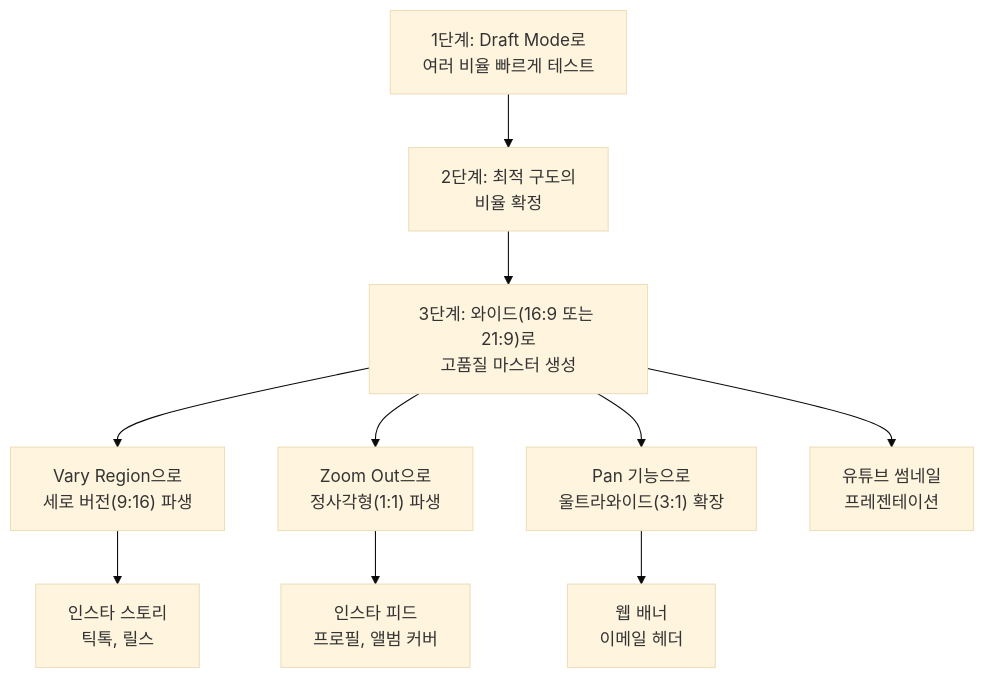
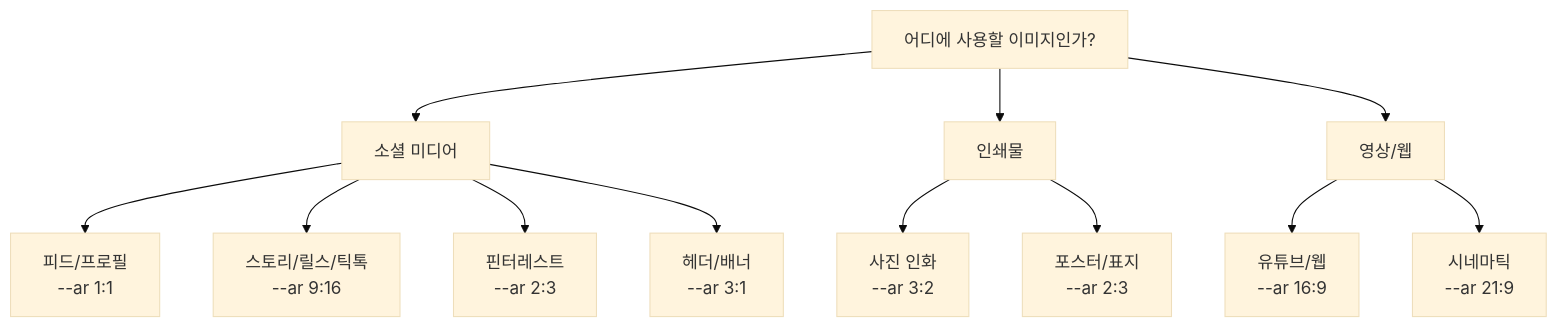
One commit to jsonpassion/forge-tutorial-promptcanvas changed the second of 2 diagrams in 05-ch5-midjourney-기본과-파라미터-튜닝/02-02-종횡비--ar와-구도-제어.md. Above: the diagram before and after it, drawn with Mermaid (base theme). The commit also changed other lines of this file and 63 other files, not shown here.

````diff
--- a/05-ch5-midjourney-기본과-파라미터-튜닝/02-02-종횡비--ar와-구도-제어.md
+++ b/05-ch5-midjourney-기본과-파라미터-튜닝/02-02-종횡비--ar와-구도-제어.md
@@ -232,12 +94,18 @@
 ```mermaid
 flowchart TD
-    A["1단계: Draft Mode로<br/>여러 비율 빠르게 테스트"] --> B["2단계: 최적 구도의<br/>비율 확정"]
-    B --> C["3단계: 와이드(16:9 또는 21:9)로<br/>고품질 마스터 생성"]
-    C --> D["Vary Region으로<br/>세로 버전(9:16) 파생"]
-    C --> E["Zoom Out으로<br/>정사각형(1:1) 파생"]
-    C --> F["Pan 기능으로<br/>울트라와이드(3:1) 확장"]
-    D --> G["인스타 스토리<br/>틱톡, 릴스"]
-    E --> H["인스타 피드<br/>프로필, 앨범 커버"]
-    F --> I["웹 배너<br/>이메일 헤더"]
-    C --> J["유튜브 썸네일<br/>프레젠테이션"]
+    Q["어디에 사용할 이미지인가?"]
+    Q --> SM["소셜 미디어"]
+    Q --> PR["인쇄물"]
+    Q --> VD["영상/웹"]
+
+    SM --> SM1["피드/프로필<br/>--ar 1:1"]
+    SM --> SM2["스토리/릴스/틱톡<br/>--ar 9:16"]
+    SM --> SM3["핀터레스트<br/>--ar 2:3"]
+    SM --> SM4["헤더/배너<br/>--ar 3:1"]
+
+    PR --> PR1["사진 인화<br/>--ar 3:2"]
+    PR --> PR2["포스터/표지<br/>--ar 2:3"]
+
+    VD --> VD1["유튜브/웹<br/>--ar 16:9"]
+    VD --> VD2["시네마틱<br/>--ar 21:9"]
 ```
````
